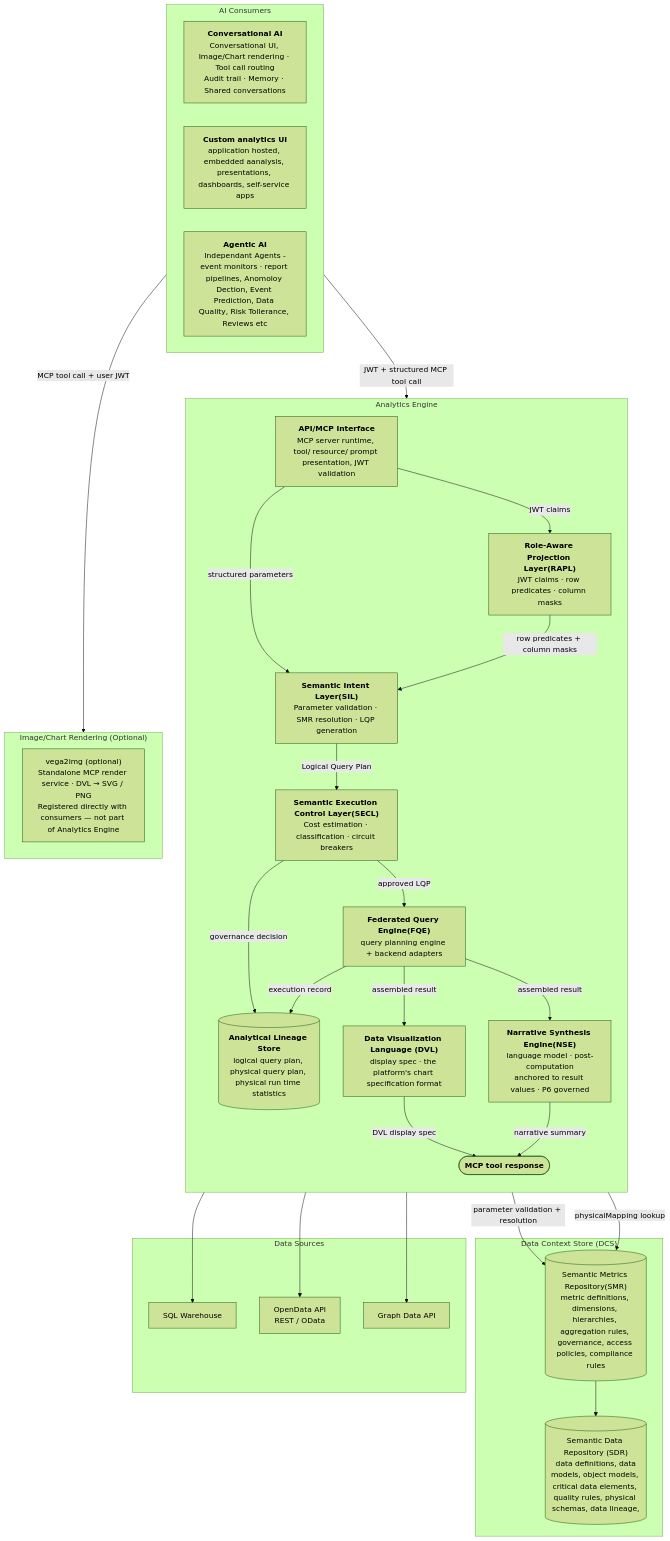
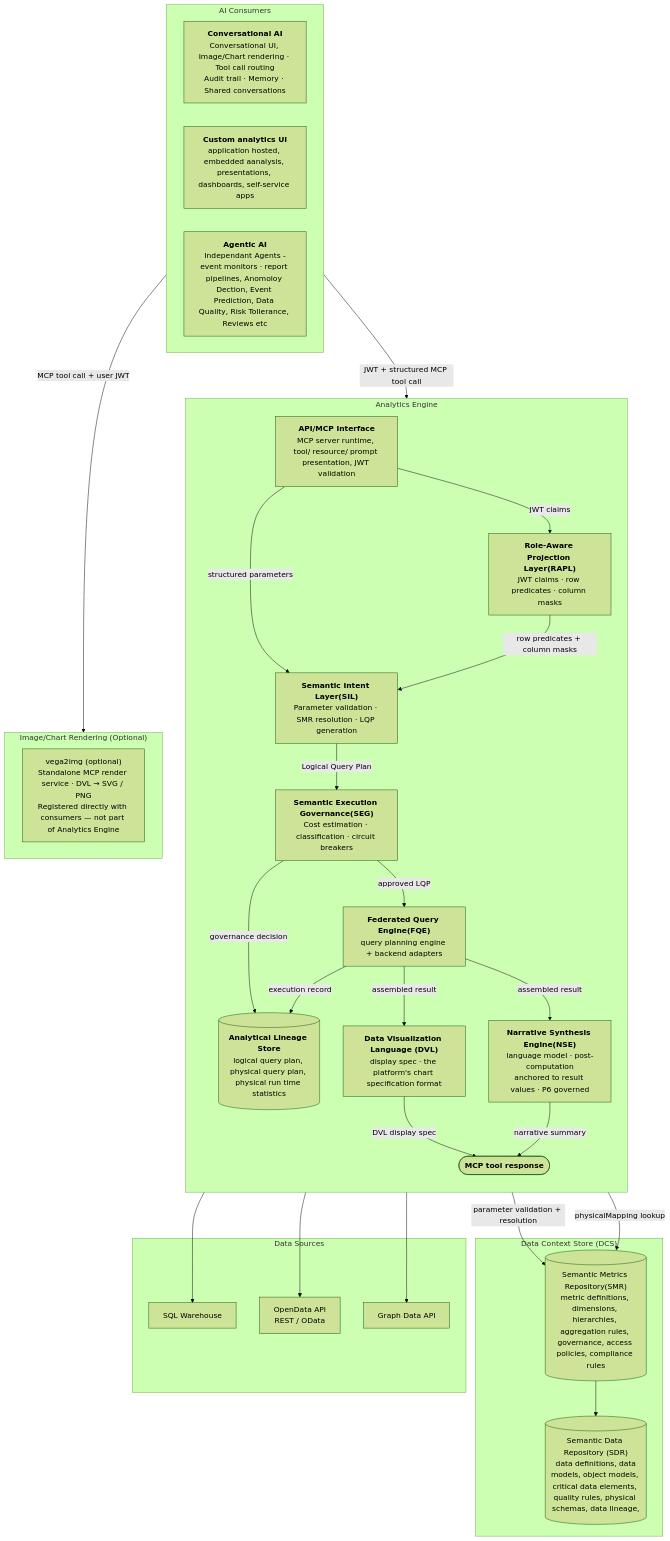
The first of 6 diagrams in docs/product/analytics/02-core-capabilities.md (M-A-Operating-System/shared-work), drawn with Mermaid (forest theme) before and after one commit. The commit also changed other lines of this file and 1 other file, not shown here.

````diff
--- a/docs/product/analytics/02-core-capabilities.md
+++ b/docs/product/analytics/02-core-capabilities.md
@@ -57,55 +57,55 @@
 ```mermaid
 flowchart TD
     subgraph Consumers["AI Consumers"]
         direction LR
         ChatComp["<b>Conversational AI</b>\nConversational UI, Image/Chart rendering · Tool call routing\nAudit trail · Memory · Shared conversations"]
         CustomUI["<b>Custom analytics UI</b>\napplication hosted, embedded aanalysis, presentations, dashboards, self-service apps"]
         Agents["<b>Agentic AI</b>\n Independant Agents - event monitors · report pipelines, Anomoloy Dection, Event Prediction, Data Quality, Risk Tollerance, Reviews etc"]
     end
 
     subgraph analytics["Analytics Engine"]
         direction TB
         MCP["<b>API/MCP Interface</b>\nMCP server runtime, tool/ resource/ prompt presentation, JWT validation"]
         SIL["<b>Semantic Intent Layer(SIL)</b>\nParameter validation · SMR resolution · LQP generation"]
         RAPL["<b>Role-Aware Projection Layer(RAPL)</b>\nJWT claims · row predicates · column masks"]
-        SEG["<b>Semantic Execution Control Layer(SECL)</b>\nCost estimation · classification · circuit breakers"]
+        SEG["<b>Semantic Execution Governance(SEG)</b>\nCost estimation · classification · circuit breakers"]
         FQE["<b>Federated Query Engine(FQE)</b>\nquery planning engine + backend adapters"]
         VO["<b>Data Visualization Language (DVL)</b>\ndisplay spec · the platform's chart specification format"]
         NSE["<b>Narrative Synthesis Engine(NSE)</b>\nlanguage model · post-computation\nanchored to result values · P6 governed"]
         LS[("<b>Analytical Lineage Store</b>\nlogical query plan, physical query plan, physical run time statistics")]
         Result(["<b>MCP tool response</b\nwrapped display_spec + data + narrative + provenance artifact(optional) + result_id"])
     end
 
      subgraph Image["Image/Chart Rendering (Optional)"]
             vega2img["vega2img (optional)\nStandalone MCP render service · DVL → SVG / PNG\nRegistered directly with consumers — not part of Analytics Engine"]
     end
 
     subgraph dcs["Data Context Store (DCS)"]
         SMR[("Semantic Metrics Repository(SMR)\nmetric definitions, dimensions, hierarchies, aggregation rules, governance, access policies, compliance rules ")]
         SDR[("Semantic Data Repository (SDR)\n data definitions, data models, object models, critical data elements, quality rules, physical schemas, data lineage,")]
         SMR --> SDR
     end
 
     subgraph backends["Data Sources"]
         SQL["SQL Warehouse"]
         ODA["OpenData API\nREST / OData"]
         GDA["Graph Data API"]
     end
 
     Consumers -->|"JWT + structured MCP tool call"| MCP
     Consumers -->|"MCP tool call + user JWT"| Image
     MCP -->|"structured parameters"| SIL
     MCP -->|"JWT claims"| RAPL
     RAPL -->|"row predicates + column masks"| SIL
     SIL -->|"parameter validation + resolution"| SMR
     SIL -->|"Logical Query Plan"| SEG
     SEG -->|"approved LQP"| FQE
     SEG -->|"governance decision"| LS
     FQE -->|"physicalMapping lookup"| SMR
     FQE --> SQL & ODA & GDA
     FQE -->|"execution record"| LS
     FQE -->|"assembled result"| VO
     FQE -->|"assembled result"| NSE
     VO -->|"DVL display spec"| Result
     NSE -->|"narrative summary"| Result
 ```
````
